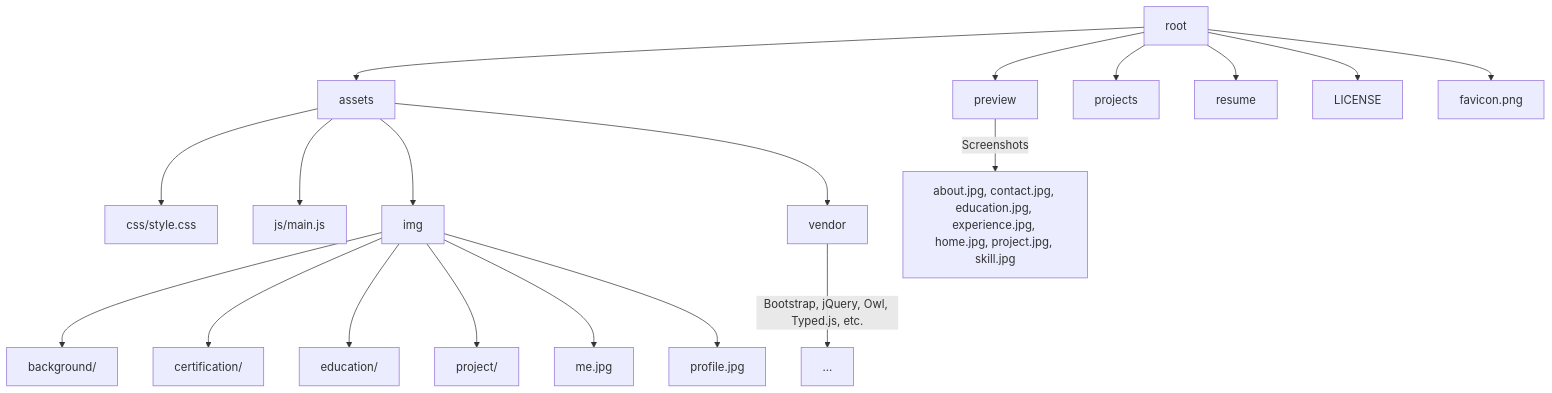
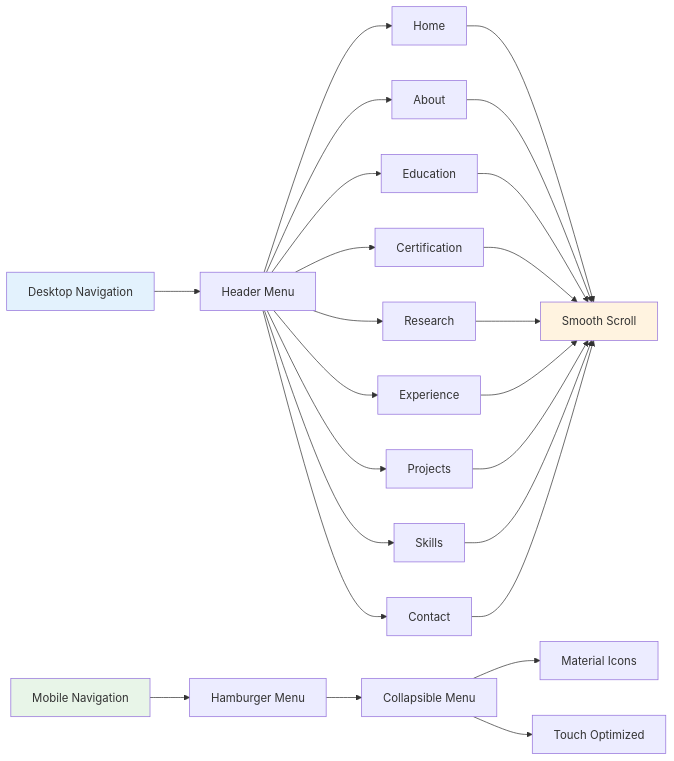
One commit to la-b-ib/la-b-ib.github.io changed the second of 2 diagrams in README.md. Above: the diagram before and after it, drawn with Mermaid. The commit also changed other lines of this file, not shown here.

````diff
--- a/README.md
+++ b/README.md
@@ -65,22 +206,33 @@
 ```mermaid
-graph TD;
-  A[root]
-  A --> B[assets]
-  B --> B1[css/style.css]
-  B --> B2[js/main.js]
-  B --> B3[img]
-  B3 --> B31[background/]
-  B3 --> B32[certification/]
-  B3 --> B33[education/]
-  B3 --> B34[project/]
-  B3 --> B35[me.jpg]
-  B3 --> B36[profile.jpg]
-  B --> B4[vendor]
-  B4 --> |Bootstrap, jQuery, Owl, Typed.js, etc.| B4libs[...]
-  A --> C[preview]
-  C --> |Screenshots| C1[about.jpg, contact.jpg, education.jpg, experience.jpg, home.jpg, project.jpg, skill.jpg]
-  A --> D[projects]
-  A --> E[resume]
-  A --> F[LICENSE]
-  A --> G[favicon.png]
+flowchart LR
+    A[Desktop Navigation] --> B[Header Menu]
+    C[Mobile Navigation] --> D[Hamburger Menu]
+    
+    B --> E[Home]
+    B --> F[About]
+    B --> G[Education]
+    B --> H[Certification]
+    B --> I[Research]
+    B --> J[Experience]
+    B --> K[Projects]
+    B --> L[Skills]
+    B --> M[Contact]
+    
+    D --> N[Collapsible Menu]
+    N --> O[Material Icons]
+    N --> P[Touch Optimized]
+    
+    E --> Q[Smooth Scroll]
+    F --> Q
+    G --> Q
+    H --> Q
+    I --> Q
+    J --> Q
+    K --> Q
+    L --> Q
+    M --> Q
+
+    style A fill:#e3f2fd
+    style C fill:#e8f5e8
+    style Q fill:#fff3e0
 ```
````
